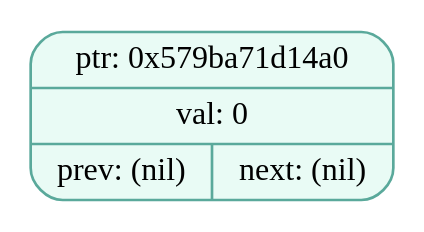
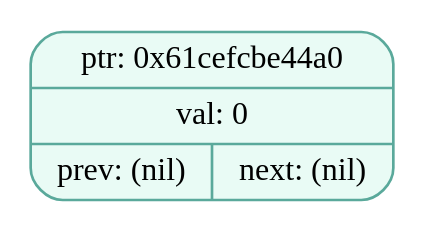
One commit to EvilTomato9890/Difference changed the diagram in dumps/tree_dump_005.dot. Above: the diagram before and after it, drawn with Graphviz. The commit also changed 26 other files, not shown here.

```diff
--- a/dumps/tree_dump_005.dot
+++ b/dumps/tree_dump_005.dot
@@ -1,5 +1,5 @@
 digraph T{
   node [fontname="Fira Mono",shape=record,style="filled,rounded",fontsize=12];
   graph [splines=true, nodesep=0.6, ranksep=0.6];
-  node_0x579ba71d14a0[shape=record,label="{ {ptr: 0x579ba71d14a0} | {val: 0} | { prev: (nil) | next: (nil) } }",color="#5aa99b",fillcolor="#e9fbf5"];
+  node_0x61cefcbe44a0[shape=record,label="{ {ptr: 0x61cefcbe44a0} | {val: 0} | { prev: (nil) | next: (nil) } }",color="#5aa99b",fillcolor="#e9fbf5"];
 }
```
